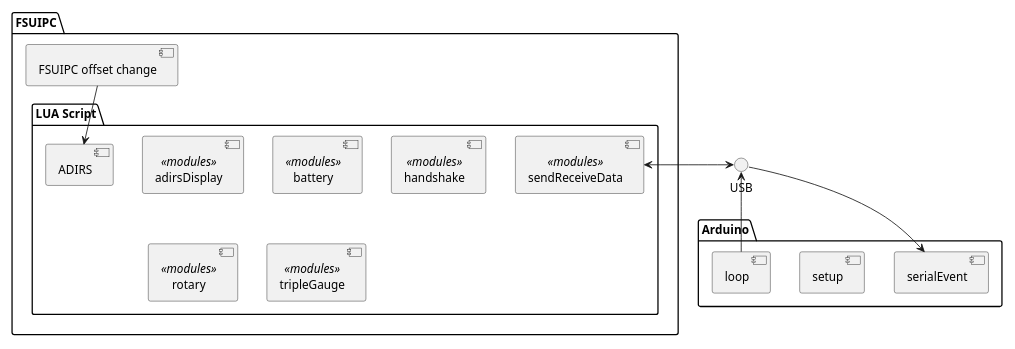
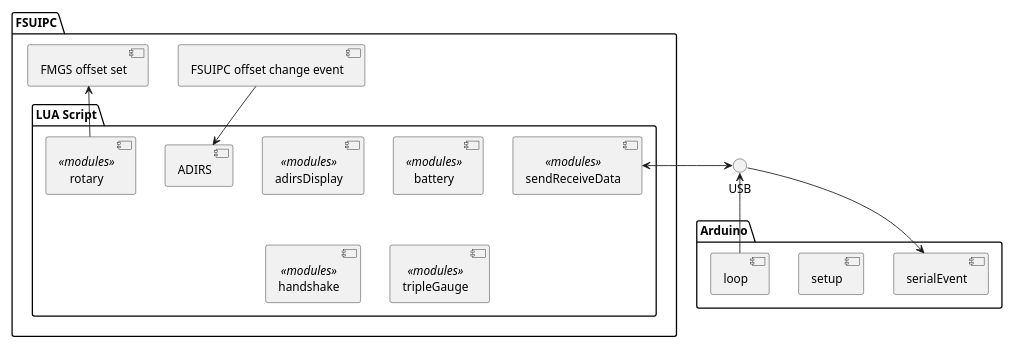
One commit to buentead/ADIRS changed the diagram in docu/images/softwareOverview.puml. Above: the diagram before and after it, drawn with PlantUML. The commit also changed 2 other files, not shown here.

```diff
--- a/docu/images/softwareOverview.puml
+++ b/docu/images/softwareOverview.puml
@@ -1,30 +1,32 @@
 @startuml
 scale 800*600
 hide empty description
 skinparam componentStyle uml2
 
 package "FSUIPC" {
-    [FSUIPC offset change]
+    [FSUIPC offset change event]
+    [FMGS offset set]
     package "LUA Script"{
         [ADIRS]
         [adirsDisplay]<<modules>>
         [battery]<<modules>>
         [handshake]<<modules>>
         [rotary]<<modules>>
         [sendReceiveData]<<modules>>
         [tripleGauge]<<modules>>
     }
-    [FSUIPC offset change] --> [ADIRS]
+    [FMGS offset set] <-- [rotary]
+    [FSUIPC offset change event] --> [ADIRS]
 }
 
 package "Arduino" {
     [serialEvent]
     [setup]
     [loop]
 }
 
 [sendReceiveData] <-> USB
 [loop] --> USB
 USB --> [serialEvent]
 
 @enduml
```
